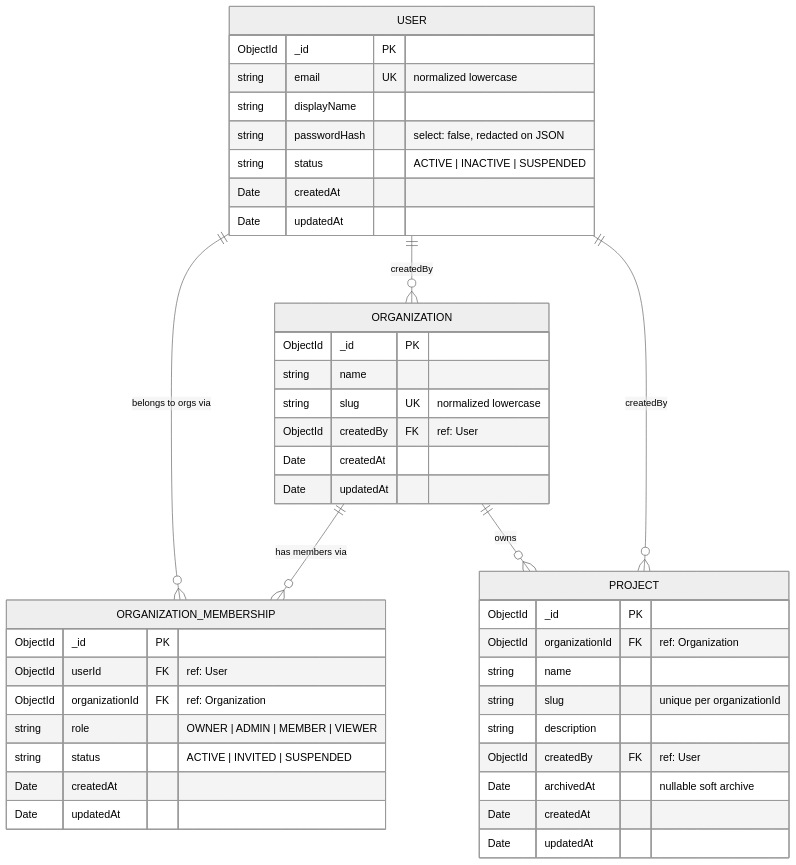
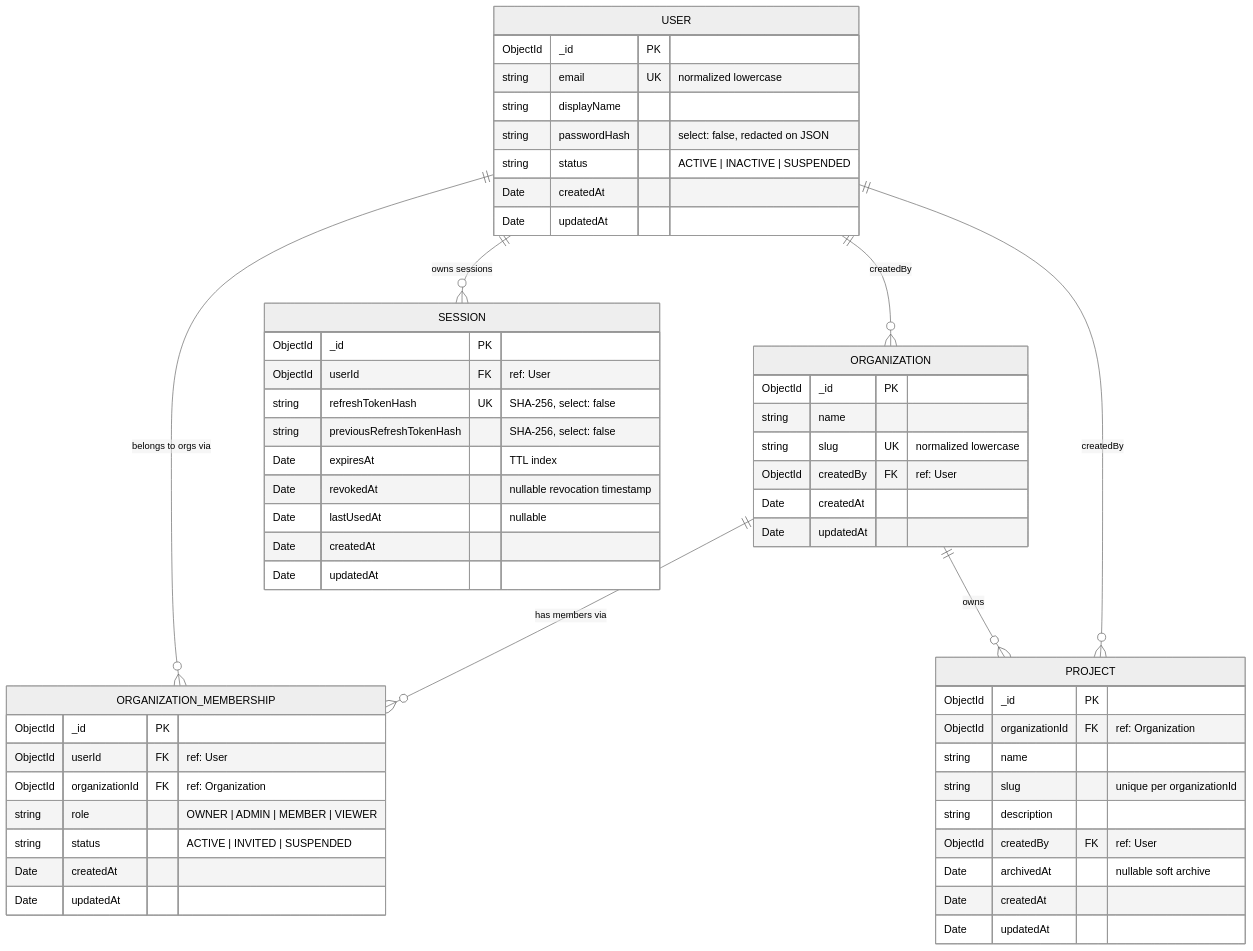
One commit to shashwatshuklaa/vibeshield changed the diagram in packages/database/README.md. Above: the diagram before and after it, drawn with Mermaid (neutral theme). The commit also changed other lines of this file and 27 other files, not shown here.

````diff
--- a/packages/database/README.md
+++ b/packages/database/README.md
@@ -34,49 +35,62 @@
 ```mermaid
 erDiagram
   USER ||--o{ ORGANIZATION_MEMBERSHIP : "belongs to orgs via"
   ORGANIZATION ||--o{ ORGANIZATION_MEMBERSHIP : "has members via"
   USER ||--o{ ORGANIZATION : "createdBy"
   ORGANIZATION ||--o{ PROJECT : "owns"
   USER ||--o{ PROJECT : "createdBy"
+  USER ||--o{ SESSION : "owns sessions"
 
   USER {
     ObjectId _id PK
     string email UK "normalized lowercase"
     string displayName
     string passwordHash "select: false, redacted on JSON"
     string status "ACTIVE | INACTIVE | SUSPENDED"
     Date createdAt
     Date updatedAt
   }
 
   ORGANIZATION {
     ObjectId _id PK
     string name
     string slug UK "normalized lowercase"
     ObjectId createdBy FK "ref: User"
     Date createdAt
     Date updatedAt
   }
 
   ORGANIZATION_MEMBERSHIP {
     ObjectId _id PK
     ObjectId userId FK "ref: User"
     ObjectId organizationId FK "ref: Organization"
     string role "OWNER | ADMIN | MEMBER | VIEWER"
     string status "ACTIVE | INVITED | SUSPENDED"
     Date createdAt
     Date updatedAt
   }
 
   PROJECT {
     ObjectId _id PK
     ObjectId organizationId FK "ref: Organization"
     string name
     string slug "unique per organizationId"
     string description
     ObjectId createdBy FK "ref: User"
     Date archivedAt "nullable soft archive"
     Date createdAt
     Date updatedAt
   }
+
+  SESSION {
+    ObjectId _id PK
+    ObjectId userId FK "ref: User"
+    string refreshTokenHash UK "SHA-256, select: false"
+    string previousRefreshTokenHash "SHA-256, select: false"
+    Date expiresAt "TTL index"
+    Date revokedAt "nullable revocation timestamp"
+    Date lastUsedAt "nullable"
+    Date createdAt
+    Date updatedAt
+  }
 ```
````
